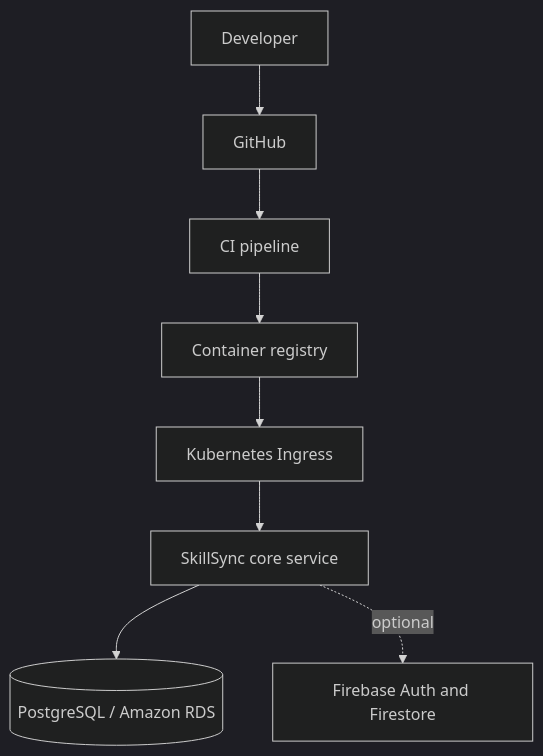
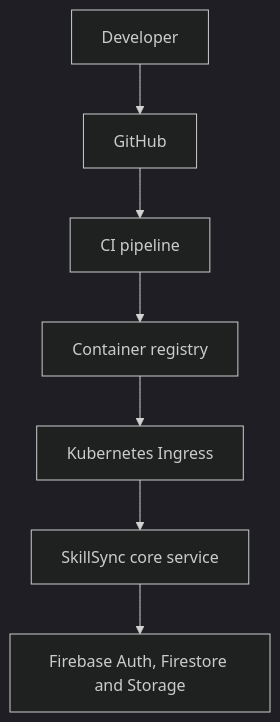
The diagram in README.md (kumarthokala1902/SkillsyncAI), drawn with Mermaid (dark theme) before and after one commit. The commit also changed other lines of this file and 26 other files, not shown here.

````diff
--- a/README.md
+++ b/README.md
@@ -11,10 +11,9 @@
 ```mermaid
 flowchart TD
     Developer --> GitHub
     GitHub --> CI[CI pipeline]
     CI --> Registry[Container registry]
     Registry --> Ingress[Kubernetes Ingress]
     Ingress --> Core[SkillSync core service]
-    Core --> PostgreSQL[(PostgreSQL / Amazon RDS)]
-    Core -. optional .-> Firebase[Firebase Auth and Firestore]
+    Core --> Firebase[Firebase Auth, Firestore and Storage]
 ```
````
